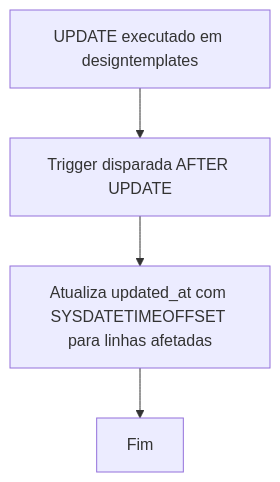
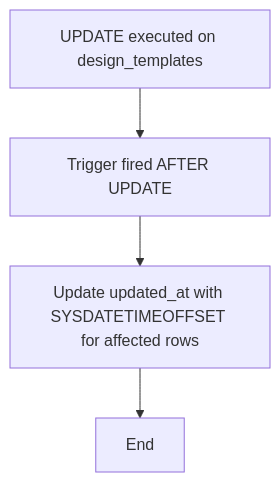
Before and after one commit to gft-us-wynxx/GftUs.Samples.NovoCard.SQL: the first of 2 diagrams in doc/database/triggers/trg_design_version_control.md, drawn with Mermaid. The commit also changed other lines of this file and 35 other files, not shown here.

````diff
--- a/doc/database/triggers/trg_design_version_control.md
+++ b/doc/database/triggers/trg_design_version_control.md
@@ -68,6 +66,6 @@
 ```mermaid
 graph TD
-    A[UPDATE executado em designtemplates] --> B[Trigger disparada AFTER UPDATE]
-    B --> C[Atualiza updated_at com SYSDATETIMEOFFSET para linhas afetadas]
-    C --> D[Fim]
+    A[UPDATE executed on design_templates] --> B[Trigger fired AFTER UPDATE]
+    B --> C[Update updated_at with SYSDATETIMEOFFSET for affected rows]
+    C --> D[End]
 ```
````
